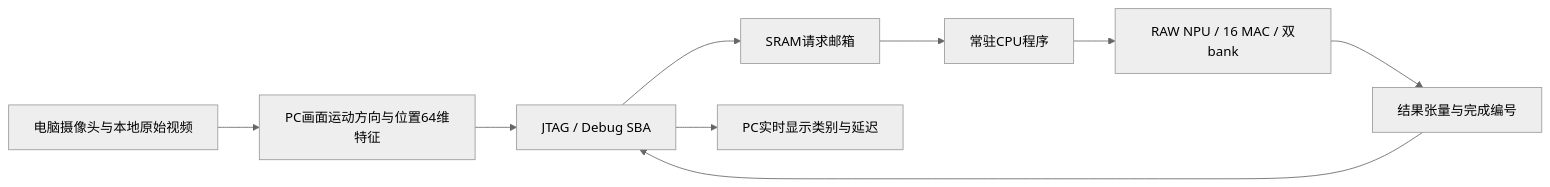
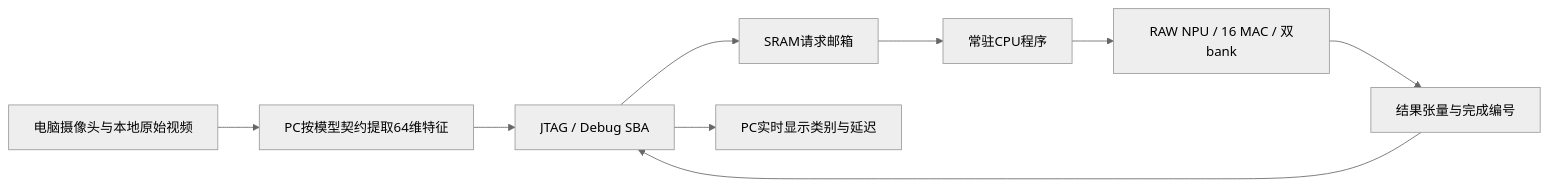
One commit to ChipDesign111/chip_design changed the diagram in fpga/demo/README.md. Above: the diagram before and after it, drawn with Mermaid (neutral theme). The commit also changed other lines of this file and 8 other files, not shown here.

````diff
--- a/fpga/demo/README.md
+++ b/fpga/demo/README.md
@@ -5,11 +5,11 @@
 ```mermaid
 flowchart LR
-    A[电脑摄像头与本地原始视频] --> B[PC画面运动方向与位置64维特征]
+    A[电脑摄像头与本地原始视频] --> B[PC按模型契约提取64维特征]
     B --> C[JTAG / Debug SBA]
     C --> D[SRAM请求邮箱]
     D --> E[常驻CPU程序]
     E --> F[RAW NPU / 16 MAC / 双bank]
     F --> G[结果张量与完成编号]
     G --> C
     C --> H[PC实时显示类别与延迟]
 ```
````
